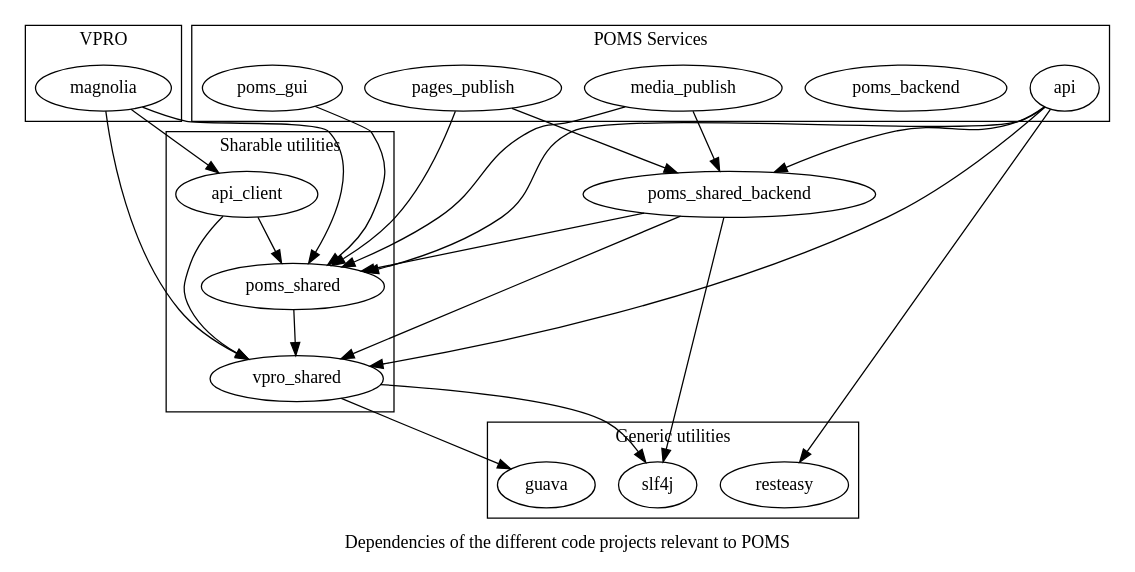
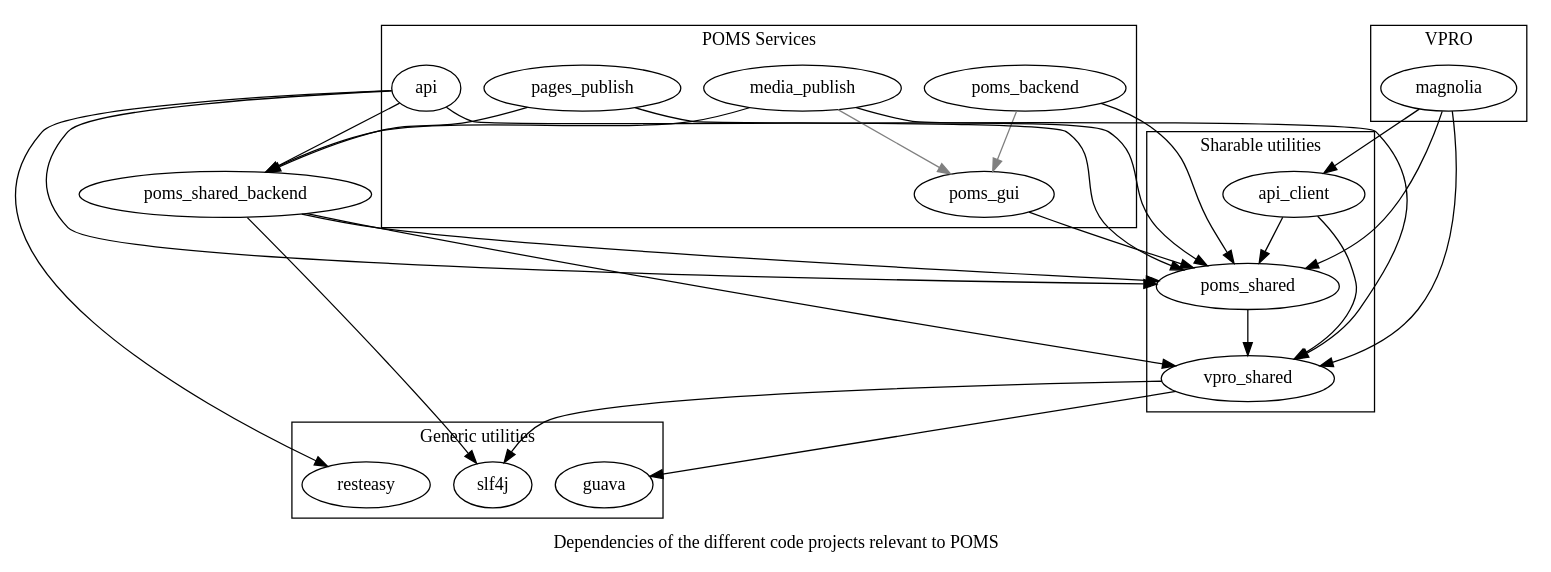
One commit to npo-poms/poms-parent changed the diagram in poms-dependencies.dot. Above: the diagram before and after it, drawn with Graphviz. The commit also changed 3 other files, not shown here.

```diff
--- a/poms-dependencies.dot
+++ b/poms-dependencies.dot
@@ -1,51 +1,54 @@
 digraph {
 
     label="Dependencies of the different code projects relevant to POMS";
     subgraph cluster_0  {
         label="Generic utilities";
         slf4j; guava; resteasy;
     }
 
     subgraph cluster_1  {
         label="VPRO";
         magnolia;
     }
     subgraph cluster_2  {
         label="POMS Services";
         poms_gui; poms_backend; pages_publish; media_publish; api;
     }
 
     subgraph cluster_4  {
         label="Sharable utilities";
         api_client; vpro_shared; poms_shared;
     }
 
 
     vpro_shared -> { slf4j guava};
     poms_shared -> vpro_shared;
     poms_shared_backend -> vpro_shared;
     poms_shared_backend -> poms_shared;
     poms_shared_backend -> slf4j;
     poms_gui -> poms_shared;
 
     api -> poms_shared;
     api -> poms_shared_backend;
     api -> vpro_shared;
     api -> resteasy;
 
 
     pages_publish -> poms_shared_backend;
     pages_publish -> poms_shared;
 
     media_publish -> poms_shared;
     media_publish -> poms_shared_backend;
+    media_publish -> poms_gui[color=gray]
 
     api_client-> poms_shared;
     api_client-> vpro_shared;
 
     magnolia -> api_client;
     magnolia -> vpro_shared;
     magnolia -> poms_shared;
 
+    poms_backend -> poms_shared
+    poms_backend -> poms_gui[color=gray]
 
 }
```
